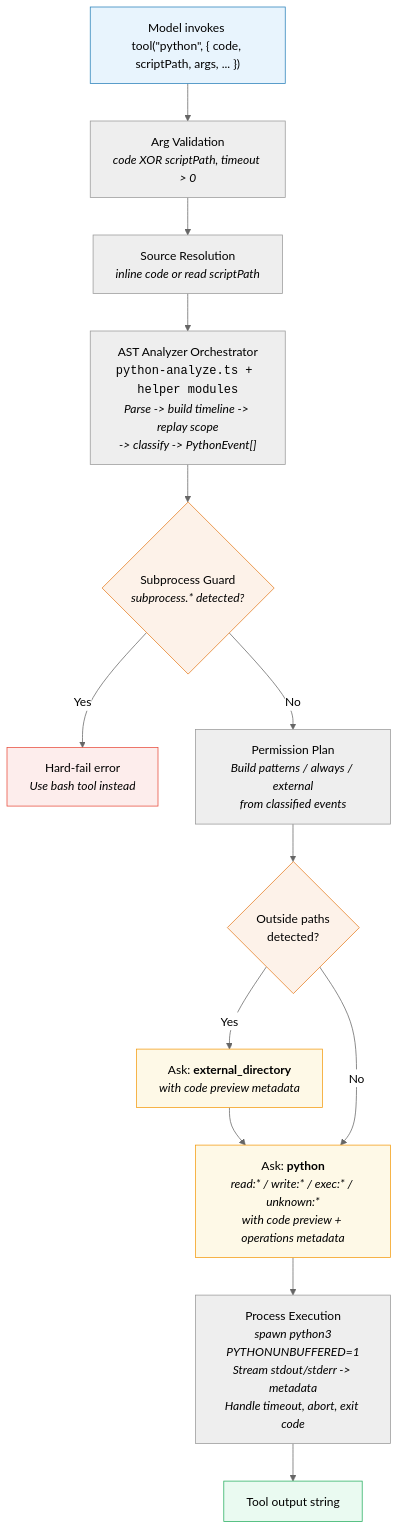
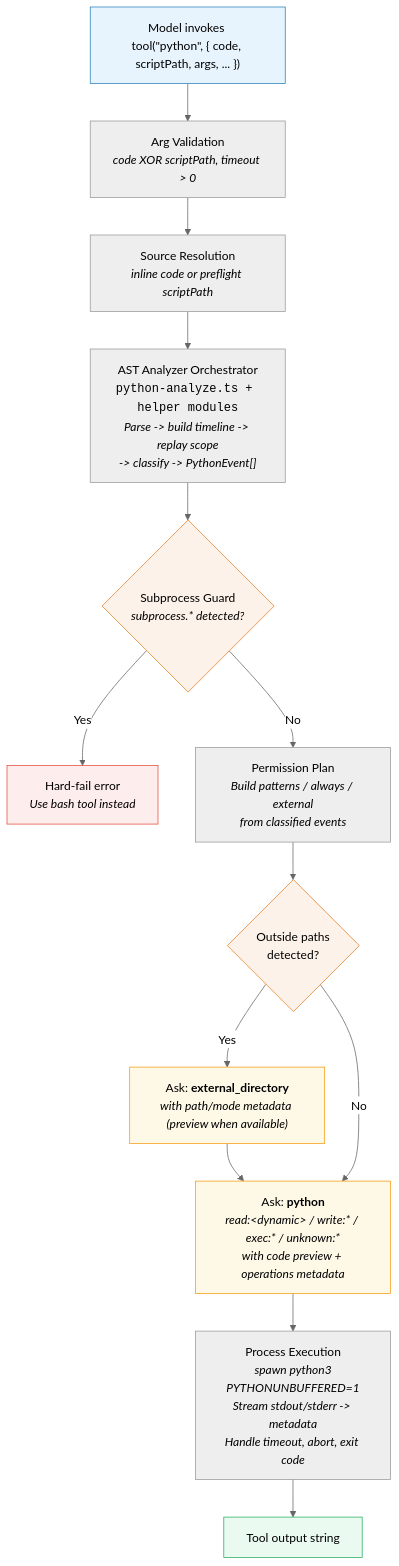
The diagram in README.md (loquilloll/opencode-python-tool), drawn with Mermaid (neutral theme) before and after one commit. The commit also changed other lines of this file and 15 other files, not shown here.

````diff
--- a/README.md
+++ b/README.md
@@ -38,39 +39,39 @@
 ```mermaid
 flowchart TD
     invoke["Model invokes tool(#quot;python#quot;, { code, scriptPath, args, ... })"]
     invoke --> validate
 
     validate["Arg Validation<br/><i>code XOR scriptPath, timeout > 0</i>"]
     validate --> source
 
-    source["Source Resolution<br/><i>inline code or read scriptPath</i>"]
+    source["Source Resolution<br/><i>inline code or preflight scriptPath</i>"]
     source --> analyzer
 
     analyzer["AST Analyzer Orchestrator<br/><code>python-analyze.ts + helper modules</code><br/><i>Parse -> build timeline -> replay scope<br/>-> classify -> PythonEvent[]</i>"]
     analyzer --> guard
 
     guard{"Subprocess Guard<br/><i>subprocess.* detected?</i>"}
     guard -- "Yes" --> hardfail["Hard-fail error<br/><i>Use bash tool instead</i>"]
     guard -- "No" --> plan
 
     plan["Permission Plan<br/><i>Build patterns / always / external<br/>from classified events</i>"]
     plan --> extcheck{"Outside paths<br/>detected?"}
 
-    extcheck -- "Yes" --> extask["Ask: <b>external_directory</b><br/><i>with code preview metadata</i>"]
+    extcheck -- "Yes" --> extask["Ask: <b>external_directory</b><br/><i>with path/mode metadata (preview when available)</i>"]
     extask --> pyask
     extcheck -- "No" --> pyask
 
-    pyask["Ask: <b>python</b><br/><i>read:* / write:* / exec:* / unknown:*<br/>with code preview + operations metadata</i>"]
+    pyask["Ask: <b>python</b><br/><i>read:&lt;dynamic&gt; / write:* / exec:* / unknown:*<br/>with code preview + operations metadata</i>"]
     pyask --> exec
 
     exec["Process Execution<br/><i>spawn python3<br/>PYTHONUNBUFFERED=1<br/>Stream stdout/stderr -> metadata<br/>Handle timeout, abort, exit code</i>"]
     exec --> output["Tool output string"]
 
     style invoke fill:#e8f4fd,stroke:#2980b9,color:#000
     style hardfail fill:#fdedec,stroke:#e74c3c,color:#000
     style extask fill:#fef9e7,stroke:#f39c12,color:#000
     style pyask fill:#fef9e7,stroke:#f39c12,color:#000
     style output fill:#eafaf1,stroke:#27ae60,color:#000
     style guard fill:#fdf2e9,stroke:#e67e22,color:#000
     style extcheck fill:#fdf2e9,stroke:#e67e22,color:#000
 ```
````
